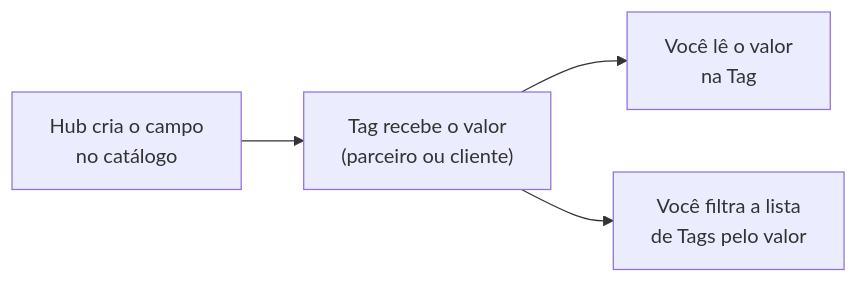
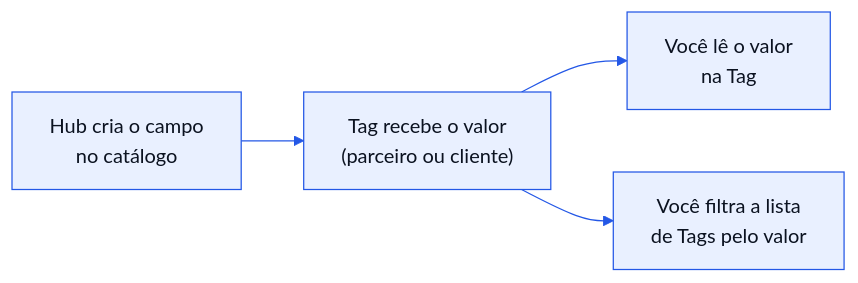
The diagram in guias/campos-personalizados.mdx (clubfixinsurtech/clubtrack-partner-docs), drawn with Mermaid before and after one commit. The commit also changed 8 other files, not shown here.

Commit message:
docs: página de criar usuário, diagramas na paleta da marca e conferências finais

````diff
--- a/guias/campos-personalizados.mdx
+++ b/guias/campos-personalizados.mdx
@@ -26,6 +26,7 @@
 ```mermaid
+%%{init: {'theme':'base','themeVariables': {'primaryColor':'#e9f0ff','primaryBorderColor':'#2357e6','primaryTextColor':'#0b1220','lineColor':'#2357e6','secondaryColor':'#eff4fd','tertiaryColor':'#ffffff','actorBkg':'#e9f0ff','actorBorder':'#2357e6','actorTextColor':'#0b1220','signalColor':'#0b1220','signalTextColor':'#0b1220','noteBkgColor':'#eff4fd','fontFamily':'Manrope, sans-serif'}}}%%
 flowchart LR
   A["Hub cria o campo<br/>no catálogo"] --> B["Tag recebe o valor<br/>(parceiro ou cliente)"]
   B --> C["Você lê o valor<br/>na Tag"]
   B --> D["Você filtra a lista<br/>de Tags pelo valor"]
 ```
````
